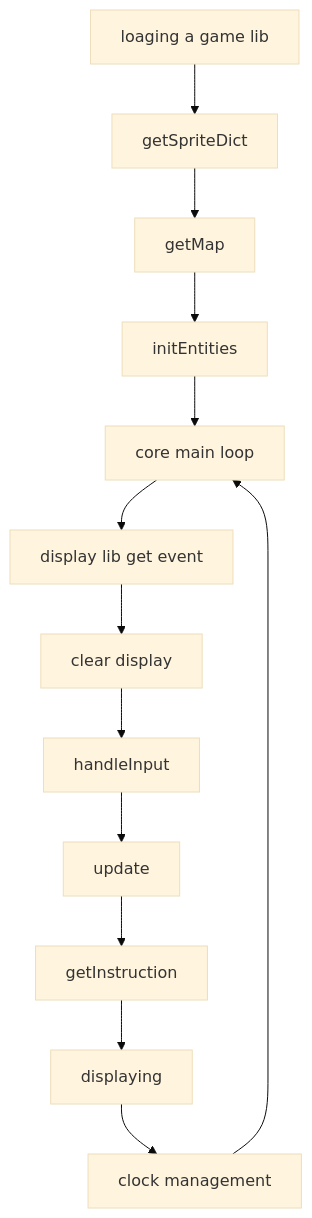
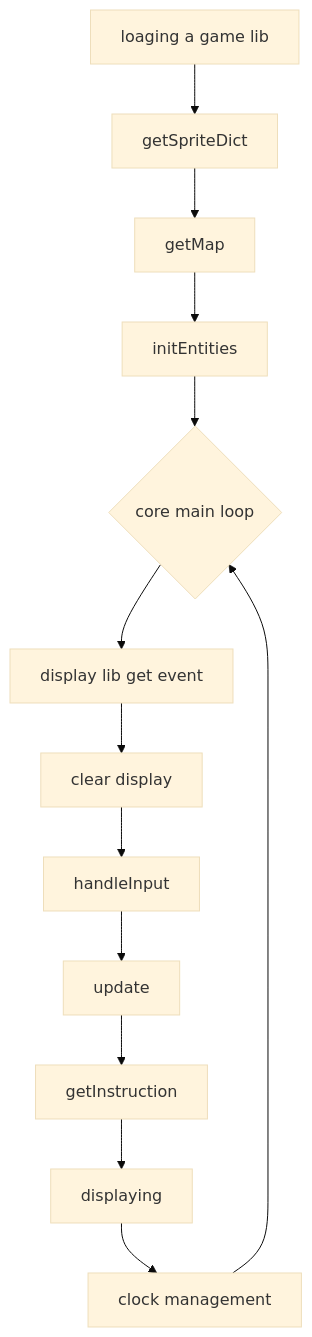
Before and after one commit to ASM-Studios/ArcadeInterfaces: the second of 3 diagrams in ReadMe.md, drawn with Mermaid (base theme). The commit also changed other lines of this file, not shown here.

Commit message:
[FIX] schema for general functionnement

````diff
--- a/ReadMe.md
+++ b/ReadMe.md
@@ -453,15 +453,15 @@
 ```mermaid
   graph TD;
     A[loaging a game lib] --> B[getSpriteDict]
     B --> C[getMap];
     C --> D[initEntities];
-    D --> E[core main loop];
+    D --> E{core main loop};
     E --> F[display lib get event];
     F --> G[clear display];
     G --> H[handleInput];
     H --> I[update];
     I --> J[getInstruction];
     J --> K[displaying];
     K --> L[clock management];
     L --> E;
 ```
````
